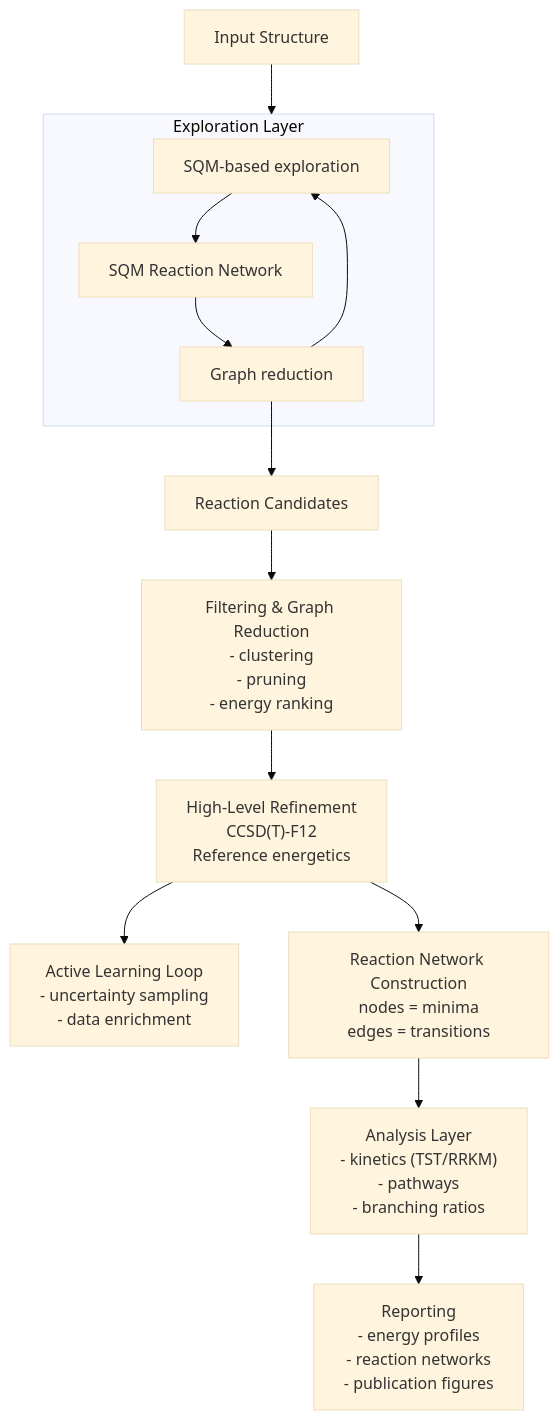
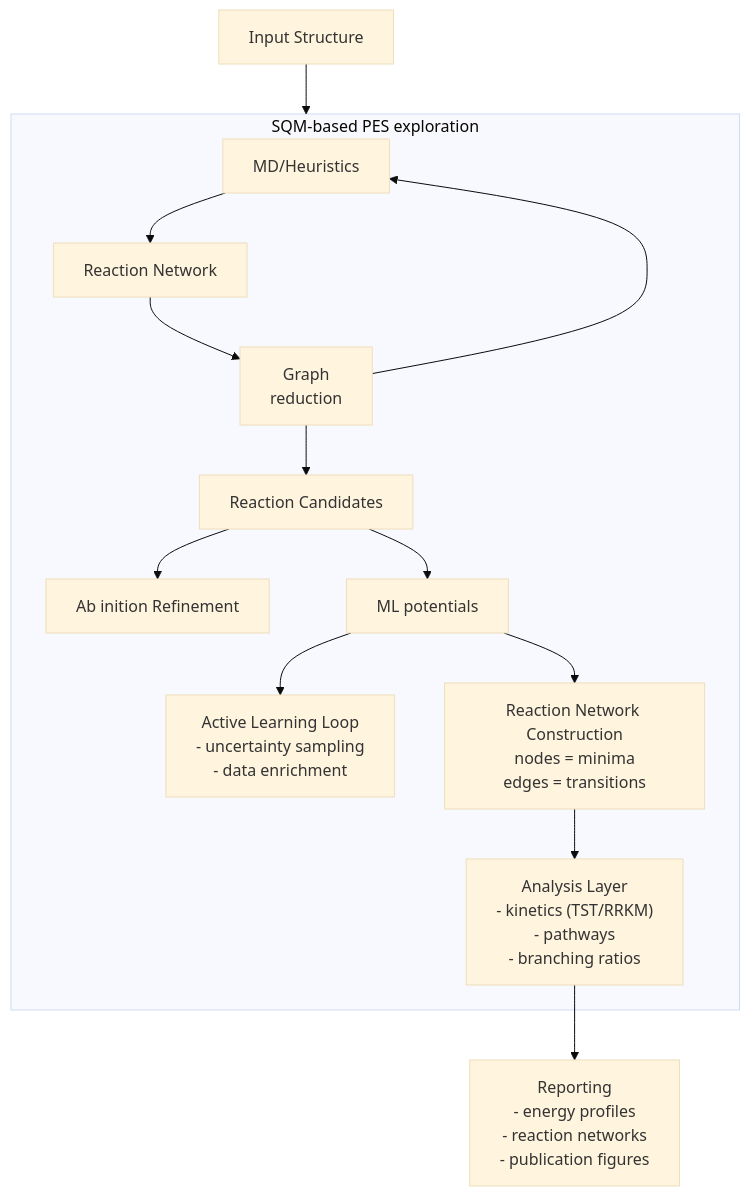
Before and after one commit to emartineznunez/mermaid: the diagram in diagrams/diagrama.mmd, drawn with Mermaid (base theme).

```diff
--- a/diagrams/diagrama.mmd
+++ b/diagrams/diagrama.mmd
@@ -1,53 +1,55 @@
 flowchart TD
 
 %% =========================
 %% Input
 %% =========================
 A["Input Structure"]
 
 %% =========================
 %% Exploration layer
 %% =========================
-subgraph EXP[Exploration Layer]
-B1["SQM-based exploration"]
-B1 --> B2["SQM Reaction Network"]
-B2 --> B3["Graph reduction"]
+subgraph EXP[SQM-based PES exploration]
+B1["MD/Heuristics"]
+B1 --> B2["Reaction Network"]
+B2 --> B3["Graph\n reduction"]
 B3 --> B1
 end
 
 A --> EXP
+
+%% =========================
+%% Refinement layer
+%% =========================
+subgraph EXP[PES Refinement]
 
 %% =========================
 %% Reaction discovery
 %% =========================
 B3 --> C[Reaction Candidates]
 
 %% =========================
-%% Filtering
-%% =========================
-C --> D["Filtering & Graph Reduction\n- clustering\n- pruning\n- energy ranking"]
-
-%% =========================
 %% Refinement
 %% =========================
-D --> E["High-Level Refinement\nCCSD(T)-F12\nReference energetics"]
+C --> D["Ab inition Refinement"]
+C --> E["ML potentials"]
 
 %% =========================
 %% Active learning loop
 %% =========================
 E --> F["Active Learning Loop\n- uncertainty sampling\n- data enrichment"]
 
 %% =========================
 %% Network construction
 %% =========================
 E --> G["Reaction Network Construction\nnodes = minima\nedges = transitions"]
 
 %% =========================
 %% Analysis
 %% =========================
 G --> H["Analysis Layer\n- kinetics (TST/RRKM)\n- pathways\n- branching ratios"]
+end 
 
 %% =========================
 %% Output
 %% =========================
 H --> I["Reporting\n- energy profiles\n- reaction networks\n- publication figures"]
```
